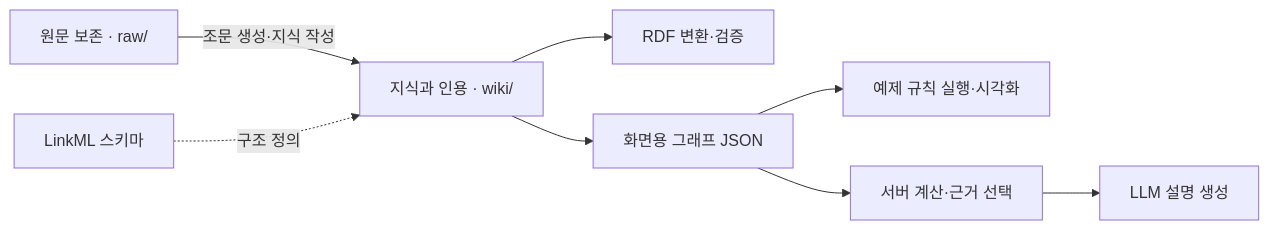
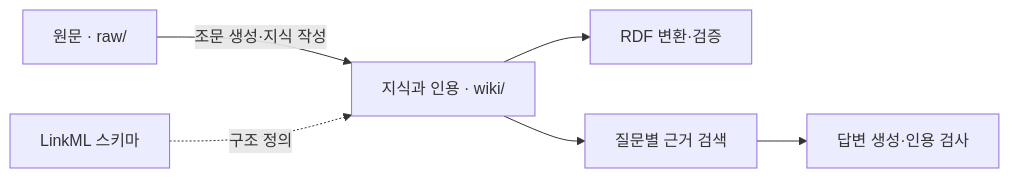
Before and after one commit to utact/kr-employment-ontology: the diagram in README.md, drawn with Mermaid. The commit also changed other lines of this file and 5 other files, not shown here.

````diff
--- a/README.md
+++ b/README.md
@@ -42,10 +37,8 @@
 ```mermaid
 flowchart LR
-    A["원문 보존 · raw/"] -->|조문 생성·지식 작성| B["지식과 인용 · wiki/"]
+    A["원문 · raw/"] -->|조문 생성·지식 작성| B["지식과 인용 · wiki/"]
     S["LinkML 스키마"] -.->|구조 정의| B
     B --> C["RDF 변환·검증"]
-    B --> D["화면용 그래프 JSON"]
-    D --> E["예제 규칙 실행·시각화"]
-    D --> F["서버 계산·근거 선택"]
-    F --> G["LLM 설명 생성"]
+    B --> D["질문별 근거 검색"]
+    D --> E["답변 생성·인용 검사"]
 ```
````
